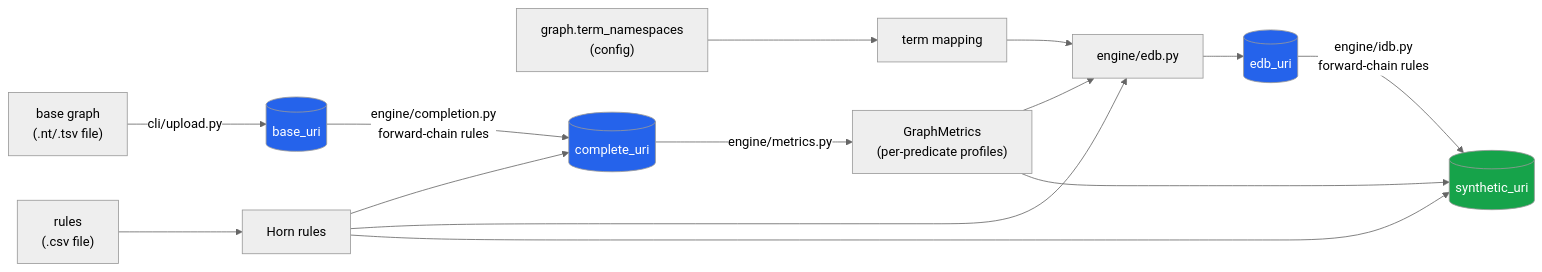
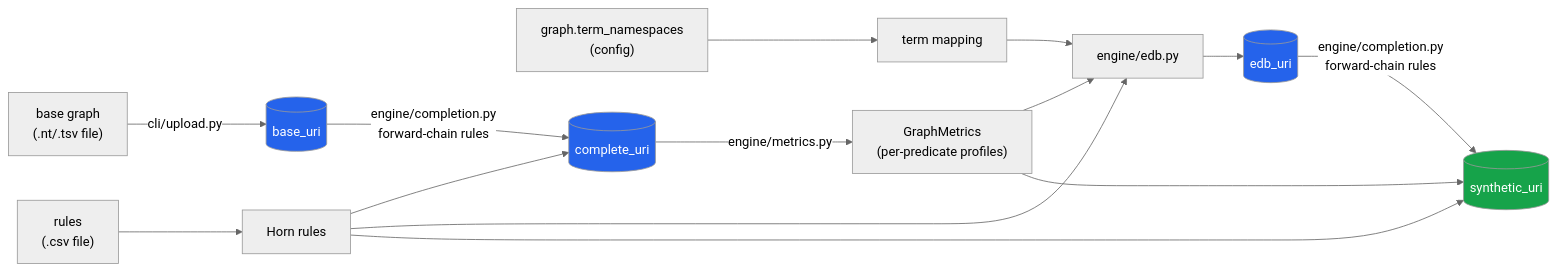
The first of 2 diagrams in docs/architecture.md (DavidGomez00/synthetic-knowledge-graph-generator), drawn with Mermaid (neutral theme) before and after one commit. The commit also changed other lines of this file and 13 other files, not shown here.

````diff
--- a/docs/architecture.md
+++ b/docs/architecture.md
@@ -15,25 +15,25 @@
 ```mermaid
 flowchart LR
     NT["base graph<br/>(.nt/.tsv file)"] -->|cli/upload.py| BASE[("base_uri")]
     ONTO["graph.term_namespaces<br/>(config)"] --> TERM["term mapping"]
     RULES["rules<br/>(.csv file)"] --> HORN["Horn rules"]
 
     BASE -->|"engine/completion.py<br/>forward-chain rules"| COMPLETE[("complete_uri")]
     HORN --> COMPLETE
 
     COMPLETE -->|engine/metrics.py| METRICS["GraphMetrics<br/>(per-predicate profiles)"]
 
     METRICS --> EDBGEN
     HORN --> EDBGEN
     TERM --> EDBGEN
     EDBGEN["engine/edb.py"] --> EDB[("edb_uri")]
 
-    EDB -->|"engine/idb.py<br/>forward-chain rules"| SYN[("synthetic_uri")]
+    EDB -->|"engine/completion.py<br/>forward-chain rules"| SYN[("synthetic_uri")]
     HORN --> SYN
     METRICS --> SYN
 
     style BASE fill:#2563eb,color:#fff
     style COMPLETE fill:#2563eb,color:#fff
     style EDB fill:#2563eb,color:#fff
     style SYN fill:#16a34a,color:#fff
 ```
````
